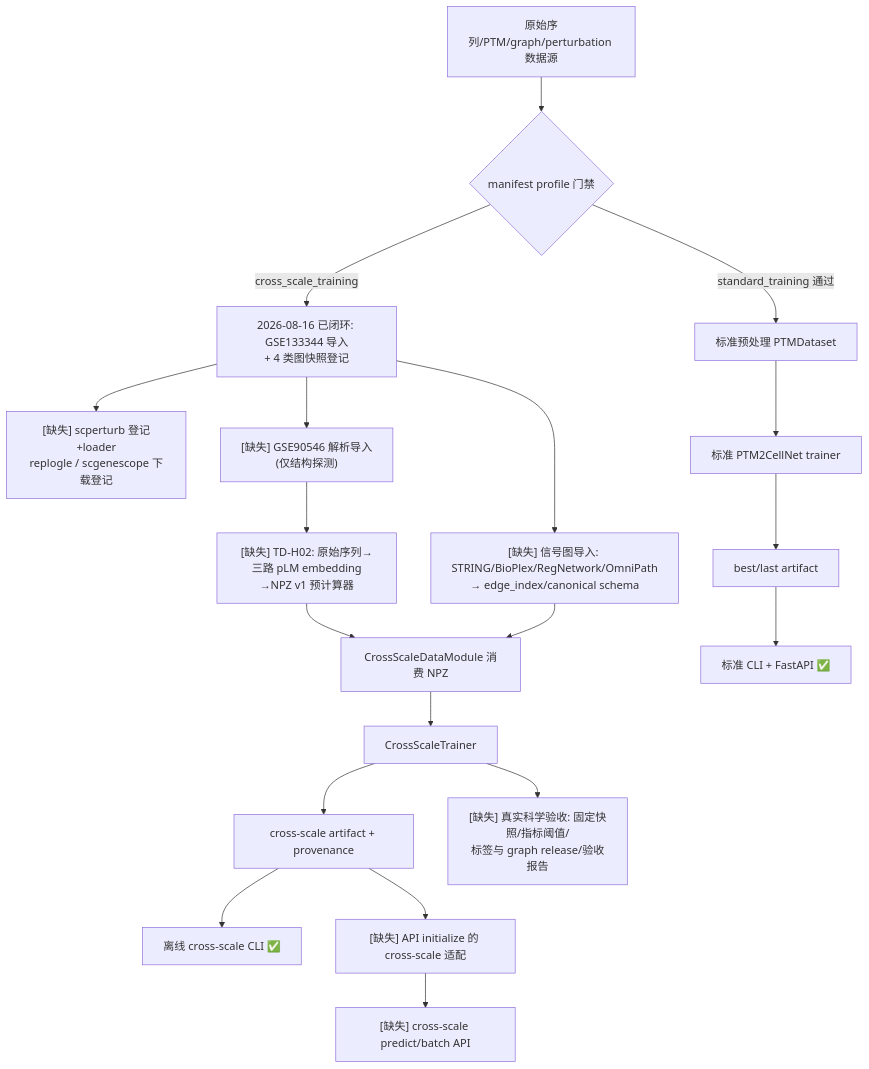
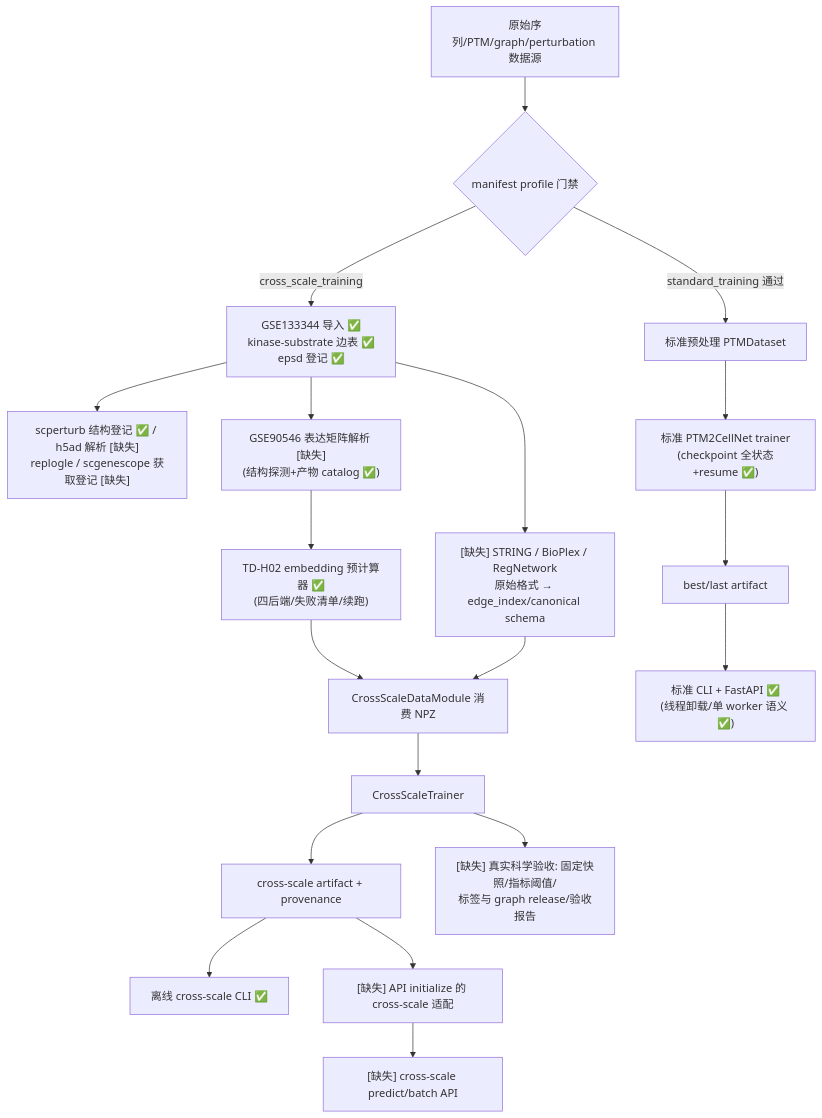
The diagram in project_analysis_20260816.md (valleyhe/PTM2CellNet), drawn with Mermaid before and after one commit. The commit also changed other lines of this file and 5 other files, not shown here.

````diff
--- a/project_analysis_20260816.md
+++ b/project_analysis_20260816.md
@@ -178,21 +168,21 @@
 ```mermaid
 flowchart TD
     A[原始序列/PTM/graph/perturbation 数据源] --> B{manifest profile 门禁}
     B -->|standard_training 通过| C[标准预处理 PTMDataset]
-    B -->|cross_scale_training| D[2026-08-16 已闭环: GSE133344 导入<br/>+ 4 类图快照登记]
-    D --> E["[缺失] scperturb 登记+loader<br/>replogle / scgenescope 下载登记"]
-    D --> F["[缺失] GSE90546 解析导入<br/>(仅结构探测)"]
-    D --> H["[缺失] 信号图导入: STRING/BioPlex/RegNetwork/OmniPath<br/>→ edge_index/canonical schema"]
-    F --> G["[缺失] TD-H02: 原始序列→三路 pLM embedding<br/>→NPZ v1 预计算器"]
+    B -->|cross_scale_training| D["GSE133344 导入 ✅<br/>kinase-substrate 边表 ✅<br/>epsd 登记 ✅"]
+    D --> E["scperturb 结构登记 ✅ / h5ad 解析 [缺失]<br/>replogle / scgenescope 获取登记 [缺失]"]
+    D --> F["GSE90546 表达矩阵解析 [缺失]<br/>(结构探测+产物 catalog ✅)"]
+    D --> H["[缺失] STRING / BioPlex / RegNetwork<br/>原始格式 → edge_index/canonical schema"]
+    F --> G["TD-H02 embedding 预计算器 ✅<br/>(四后端/失败清单/续跑)"]
     G --> I[CrossScaleDataModule 消费 NPZ]
     H --> I
-    C --> J[标准 PTM2CellNet trainer]
+    C --> J["标准 PTM2CellNet trainer<br/>(checkpoint 全状态+resume ✅)"]
     I --> K[CrossScaleTrainer]
     J --> L[best/last artifact]
     K --> M[cross-scale artifact + provenance]
-    L --> N[标准 CLI + FastAPI ✅]
+    L --> N["标准 CLI + FastAPI ✅<br/>(线程卸载/单 worker 语义 ✅)"]
     M --> O[离线 cross-scale CLI ✅]
     M --> P["[缺失] API initialize 的 cross-scale 适配"]
     P --> Q["[缺失] cross-scale predict/batch API"]
     K --> R["[缺失] 真实科学验收: 固定快照/指标阈值/<br/>标签与 graph release/验收报告"]
 ```
````
